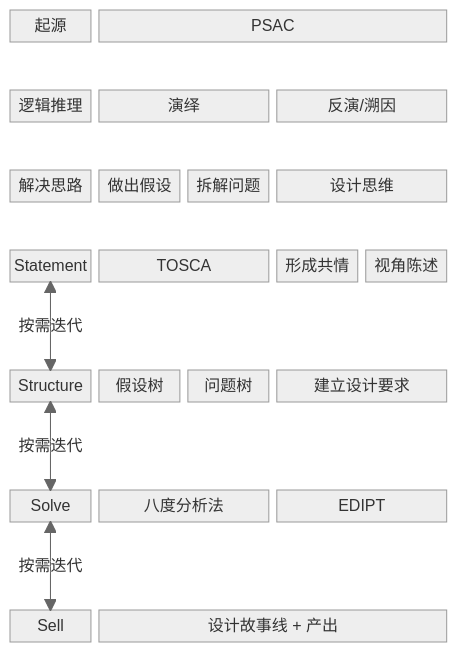
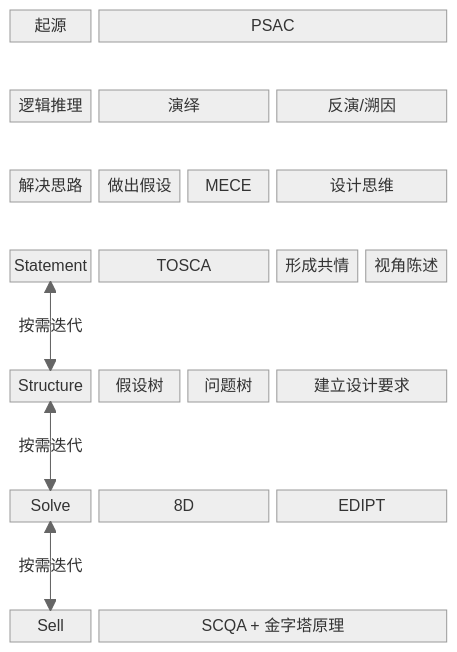
The diagram in docs/card-@像高手一样解决问题-4S模型.md (El25Aleph/_Aleph), drawn with Mermaid before and after one commit. The commit also changed other lines of this file and 5 other files, not shown here.

````diff
--- a/docs/card-@像高手一样解决问题-4S模型.md
+++ b/docs/card-@像高手一样解决问题-4S模型.md
@@ -10,28 +10,28 @@
 ```mermaid
 block-beta
   %%{init: {'theme':'neutral'}}%%
   columns 5
 起源 PSAC:4
 space:5
 逻辑推理 演绎:2 反演/溯因:2
 space:5
-解决思路 做出假设 拆解问题 设计思维:2
+解决思路 做出假设 MECE 设计思维:2
 space:5
 id1["Statement"] TOSCA:2 形成共情 视角陈述
 space:5
 space:5
 id2["Structure"] 假设树 问题树 建立设计要求:2
 space:5
 space:5
-id3["Solve"] 八度分析法:2 EDIPT:2
+id3["Solve"] 8D:2 EDIPT:2
 space:5
 space:5
-id4["Sell"] id5["设计故事线 + 产出"]:4
+id4["Sell"] id5["SCQA + 金字塔原理"]:4
 
 id1 --"按需迭代"--> id2
 id2 --"按需迭代"--> id3
 id3 --"按需迭代"--> id4
 id2 --> id1
 id3 --> id2
 id4 --> id3
 ```
````
